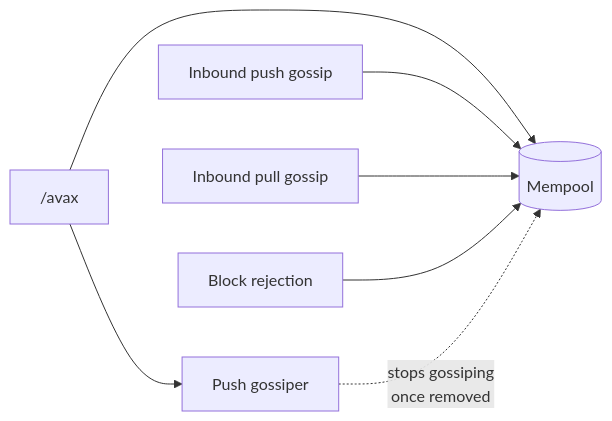
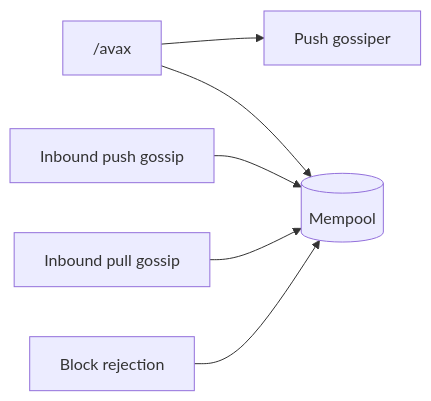
One commit to ava-labs/avalanchego changed the third of 3 diagrams in vms/saevm/cchain/README.md. Above: the diagram before and after it, drawn with Mermaid.

````diff
--- a/vms/saevm/cchain/README.md
+++ b/vms/saevm/cchain/README.md
@@ -91,16 +91,15 @@
 ```mermaid
 flowchart LR
     rpc["/avax"]
     pushgossip["Push gossiper"]
     push["Inbound push gossip"]
     pull["Inbound pull gossip"]
     rej["Block rejection"]
     mempool[("Mempool")]
 
+    rpc --> pushgossip
     rpc --> mempool
     push --> mempool
     pull --> mempool
     rej --> mempool
-    pushgossip -. "stops gossiping<br/>once removed" .-> mempool
-    rpc --> pushgossip
 ```
````
